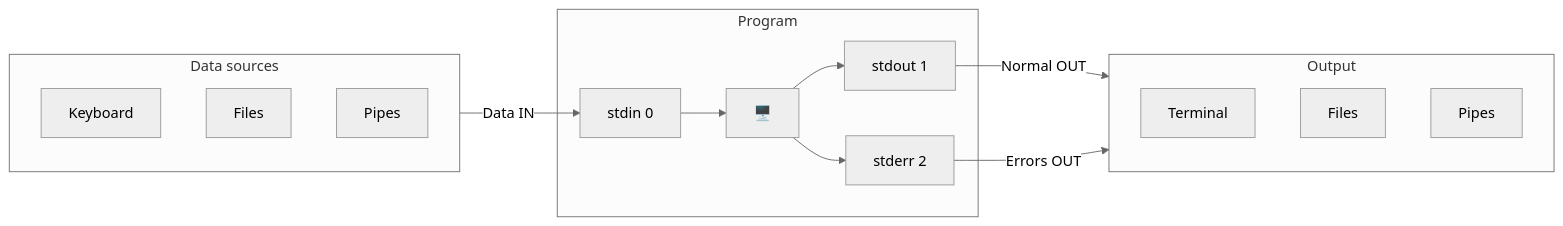
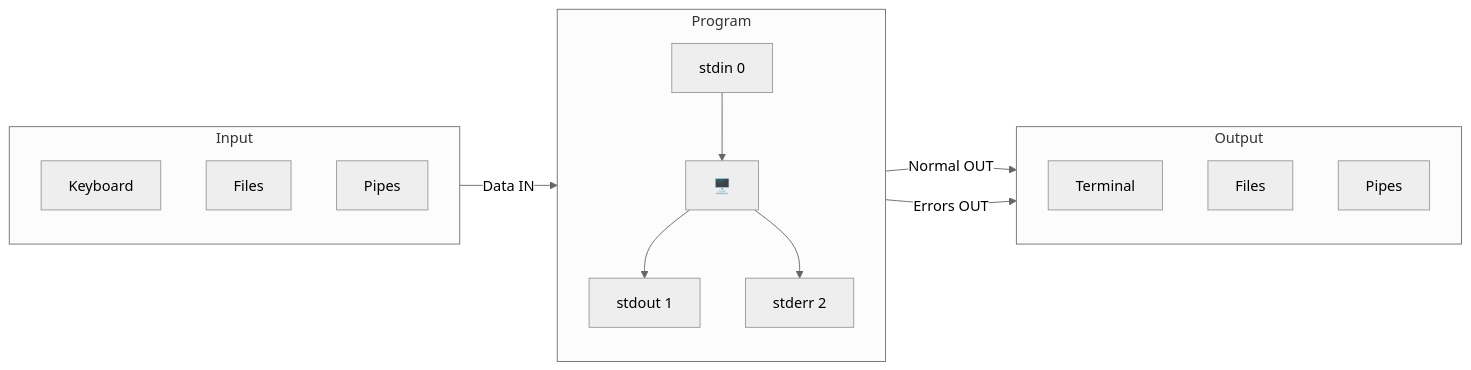
The first of 2 diagrams in src/content/docs/guides/linux.mdx (apcamargo/starlight-test), drawn with Mermaid (neutral theme) before and after one commit.

````diff
--- a/src/content/docs/guides/linux.mdx
+++ b/src/content/docs/guides/linux.mdx
@@ -17,25 +17,32 @@
 ```mermaid
 flowchart LR
-    subgraph INPUT ["Data sources"]
+    subgraph INPUT ["Input"]
         direction TB
         KB[Keyboard]
         FILE[Files]
         PIPE[Pipes]
     end
     
     subgraph PROGRAM ["Program"]
-        STDIN[stdin 0] --> PROC[🖥️] --> STDOUT[stdout 1]
-        PROC --> STDERR[stderr 2]
+        direction TB
+        STDIN[stdin 0] 
+        PROC[🖥️] 
+        STDOUT[stdout 1]
+        STDERR[stderr 2]
+        
+        STDIN --> PROC 
+        PROC --> STDOUT
+        PROC --> STDERR
     end
     
     subgraph OUTPUT ["Output"]
         direction TB
         TERM[Terminal]
         OUTFILE[Files]
         NEXTPROG[Pipes]
     end
     
     INPUT -->|"Data IN"| STDIN
     STDOUT -->|"Normal OUT"| OUTPUT
     STDERR -->|"Errors OUT"| OUTPUT
 ```
````
